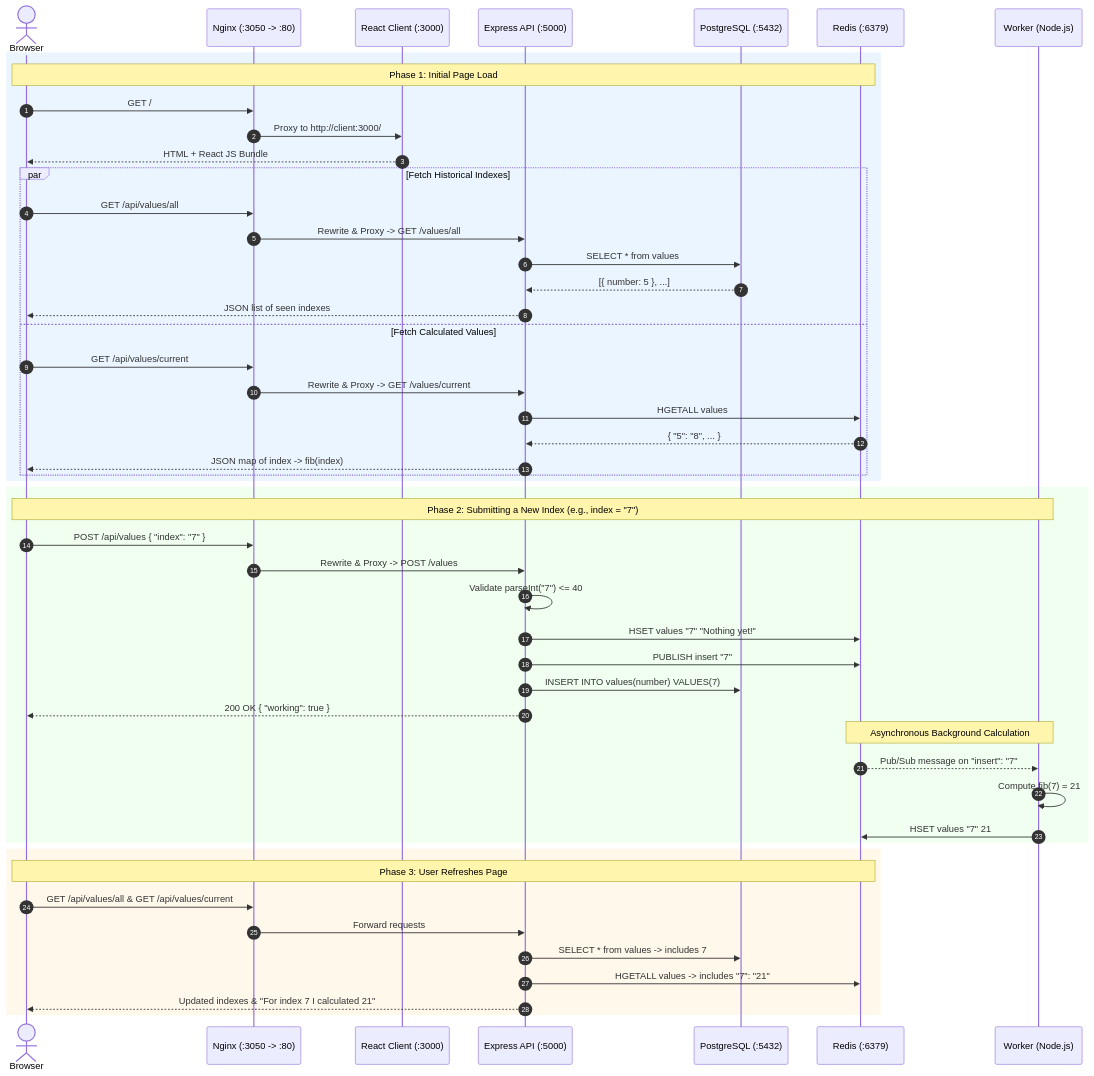
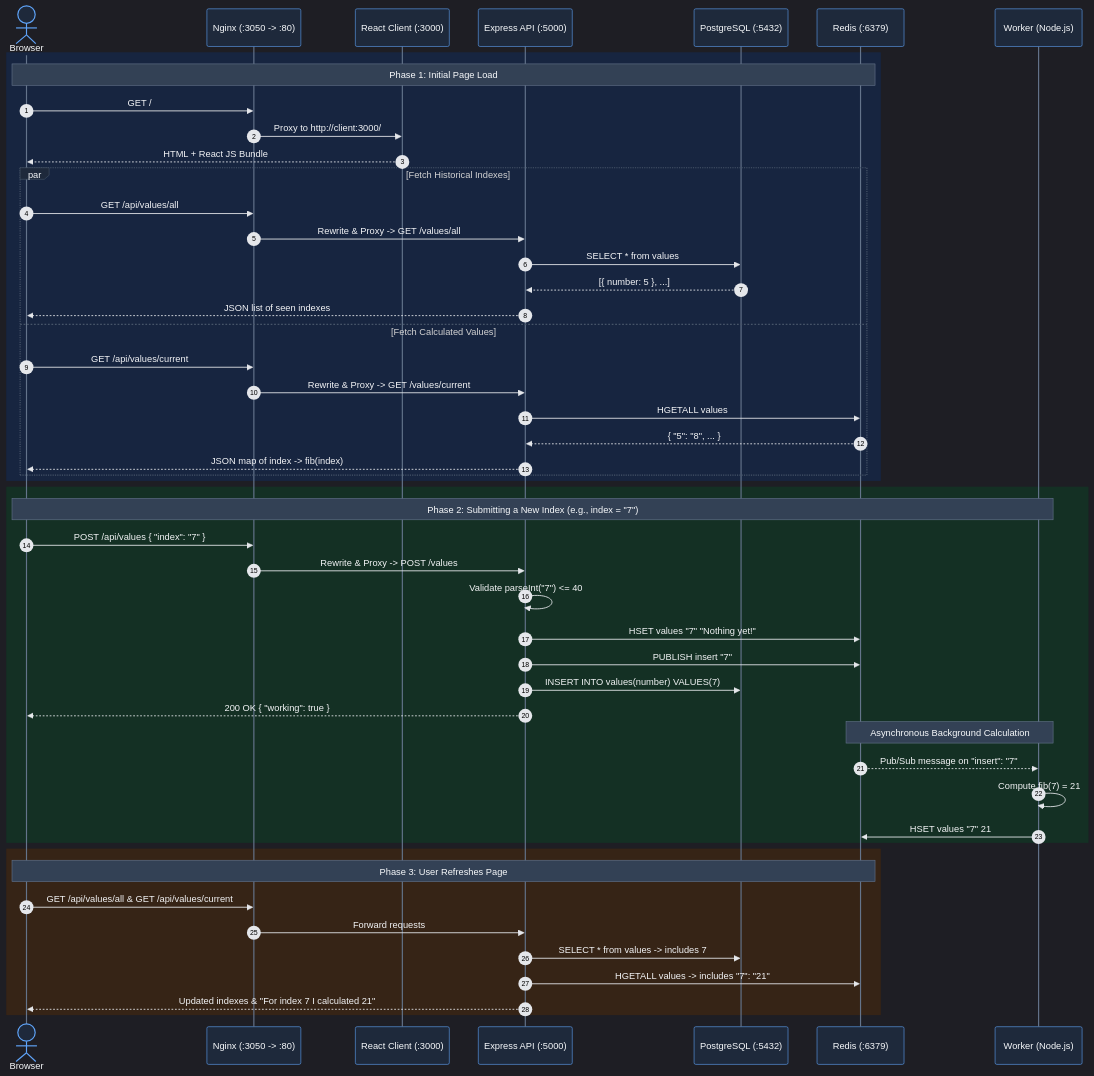
Diagram 11 of 11 in multi-container-services/README.md (pankajspace/docker-k8s), drawn with Mermaid before and after one commit.

Commit message:
Enhance sequence diagram styling in README for better readability

````diff
--- a/multi-container-services/README.md
+++ b/multi-container-services/README.md
@@ -332,57 +332,58 @@
 ```mermaid
+%%{init: {'theme': 'dark', 'themeVariables': { 'darkMode': true, 'background': '#0d1117', 'primaryColor': '#1f2937', 'primaryTextColor': '#f3f4f6', 'primaryBorderColor': '#4b5563', 'lineColor': '#9ca3af', 'actorBkg': '#1e293b', 'actorBorder': '#60a5fa', 'actorTextColor': '#f8fafc', 'actorLineColor': '#64748b', 'signalColor': '#e5e7eb', 'signalTextColor': '#f3f4f6', 'labelBoxBkgColor': '#1e293b', 'labelBoxBorderColor': '#475569', 'labelTextColor': '#f8fafc', 'noteBkgColor': '#334155', 'noteTextColor': '#f8fafc', 'noteBorderColor': '#64748b' }}}%%
 sequenceDiagram
     autonumber
     actor User as Browser
     participant Nginx as Nginx (:3050 -> :80)
     participant Client as React Client (:3000)
     participant API as Express API (:5000)
     participant PG as PostgreSQL (:5432)
     participant Redis as Redis (:6379)
     participant Worker as Worker (Node.js)
 
-    rect rgb(235, 245, 255)
+    rect rgb(23, 37, 64)
         Note over User,Redis: Phase 1: Initial Page Load
         User->>Nginx: GET /
         Nginx->>Client: Proxy to http://client:3000/
         Client-->>User: HTML + React JS Bundle
 
         par Fetch Historical Indexes
             User->>Nginx: GET /api/values/all
             Nginx->>API: Rewrite & Proxy -> GET /values/all
             API->>PG: SELECT * from values
             PG-->>API: [{ number: 5 }, ...]
             API-->>User: JSON list of seen indexes
         and Fetch Calculated Values
             User->>Nginx: GET /api/values/current
             Nginx->>API: Rewrite & Proxy -> GET /values/current
             API->>Redis: HGETALL values
             Redis-->>API: { "5": "8", ... }
             API-->>User: JSON map of index -> fib(index)
         end
     end
 
-    rect rgb(240, 255, 240)
+    rect rgb(20, 48, 36)
         Note over User,Worker: Phase 2: Submitting a New Index (e.g., index = "7")
         User->>Nginx: POST /api/values { "index": "7" }
         Nginx->>API: Rewrite & Proxy -> POST /values
         API->>API: Validate parseInt("7") <= 40
         API->>Redis: HSET values "7" "Nothing yet!"
         API->>Redis: PUBLISH insert "7"
         API->>PG: INSERT INTO values(number) VALUES(7)
         API-->>User: 200 OK { "working": true }
 
         Note over Redis,Worker: Asynchronous Background Calculation
         Redis-->>Worker: Pub/Sub message on "insert": "7"
         Worker->>Worker: Compute fib(7) = 21
         Worker->>Redis: HSET values "7" 21
     end
 
-    rect rgb(255, 248, 235)
+    rect rgb(54, 36, 22)
         Note over User,Redis: Phase 3: User Refreshes Page
         User->>Nginx: GET /api/values/all & GET /api/values/current
         Nginx->>API: Forward requests
         API->>PG: SELECT * from values -> includes 7
         API->>Redis: HGETALL values -> includes "7": "21"
         API-->>User: Updated indexes & "For index 7 I calculated 21"
     end
 ```
````
